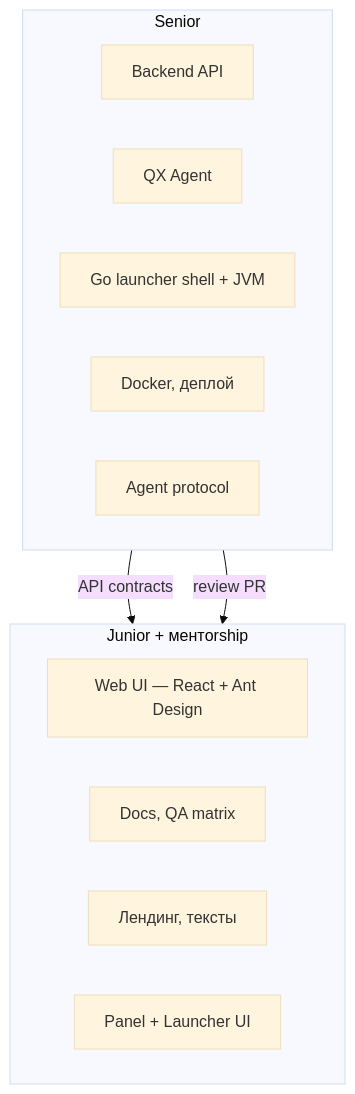
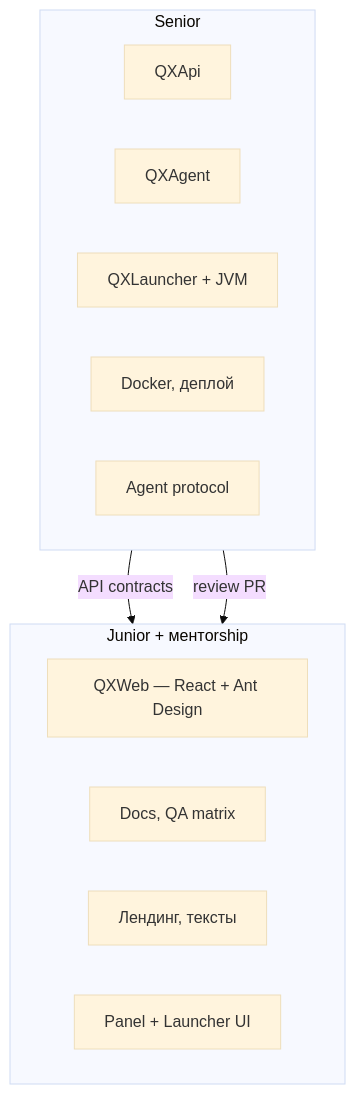
Before and after one commit to mindevis/qx-project: diagram 14 of 16 in docs/architecture.md, drawn with Mermaid (base theme). The commit also changed other lines of this file and 14 other files, not shown here.

````diff
--- a/docs/architecture.md
+++ b/docs/architecture.md
@@ -1189,20 +1151,20 @@
 ```mermaid
 flowchart TB
     subgraph senior [Senior]
-        API[Backend API]
-        Agent[QX Agent]
-        LauncherCore[Go launcher shell + JVM]
+        API[QXApi]
+        Agent[QXAgent]
+        LauncherCore[QXLauncher + JVM]
         Infra[Docker, деплой]
         Protocol[Agent protocol]
     end
 
     subgraph junior [Junior + ментorship]
-        WebUI[Web UI — React + Ant Design]
+        WebUI[QXWeb — React + Ant Design]
         Docs[Docs, QA matrix]
         Landing[Лендинг, тексты]
         PanelUI[Panel + Launcher UI]
     end
 
     senior -->|API contracts| junior
     senior -->|review PR| junior
 ```
````
